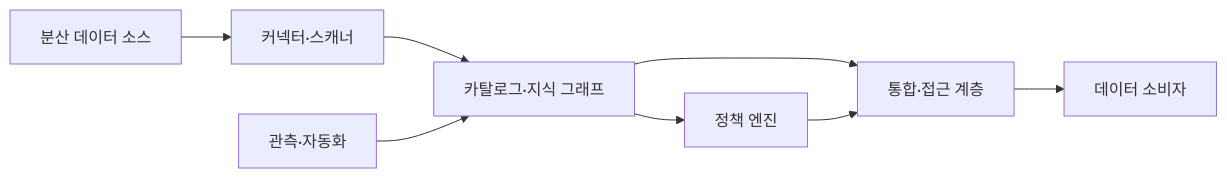
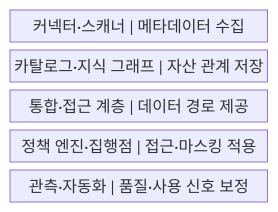
Before and after one commit to agnusdei1207/knowledge-base: the first of 2 diagrams in src/content/docs/notes/03-software/132_data_fabric.md, drawn with Mermaid. The commit also changed other lines of this file and 20 other files, not shown here.

````diff
--- a/src/content/docs/notes/03-software/132_data_fabric.md
+++ b/src/content/docs/notes/03-software/132_data_fabric.md
@@ -59,10 +55,9 @@
 ```mermaid
-flowchart LR
-    S[분산 데이터 소스] --> C[커넥터·스캐너]
-    C --> K[카탈로그·지식 그래프]
-    K --> A[통합·접근 계층]
-    K --> P[정책 엔진]
-    A --> U[데이터 소비자]
-    P --> A
-    O[관측·자동화] --> K
+block
+    columns 1
+    A["커넥터·스캐너 | 메타데이터 수집"]
+    B["카탈로그·지식 그래프 | 자산 관계 저장"]
+    C["통합·접근 계층 | 데이터 경로 제공"]
+    D["정책 엔진·집행점 | 접근·마스킹 적용"]
+    E["관측·자동화 | 품질·사용 신호 보정"]
 ```
````
